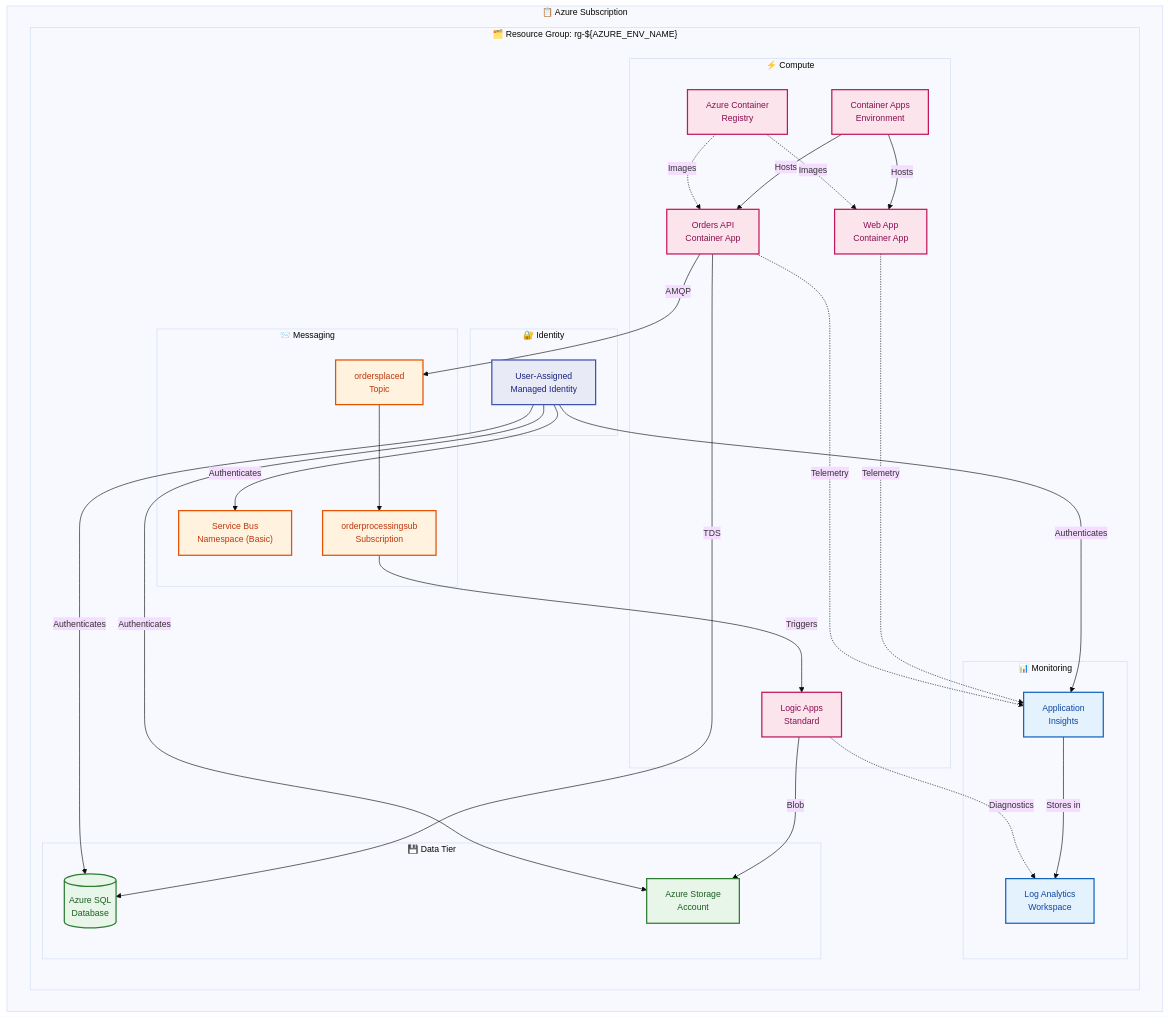
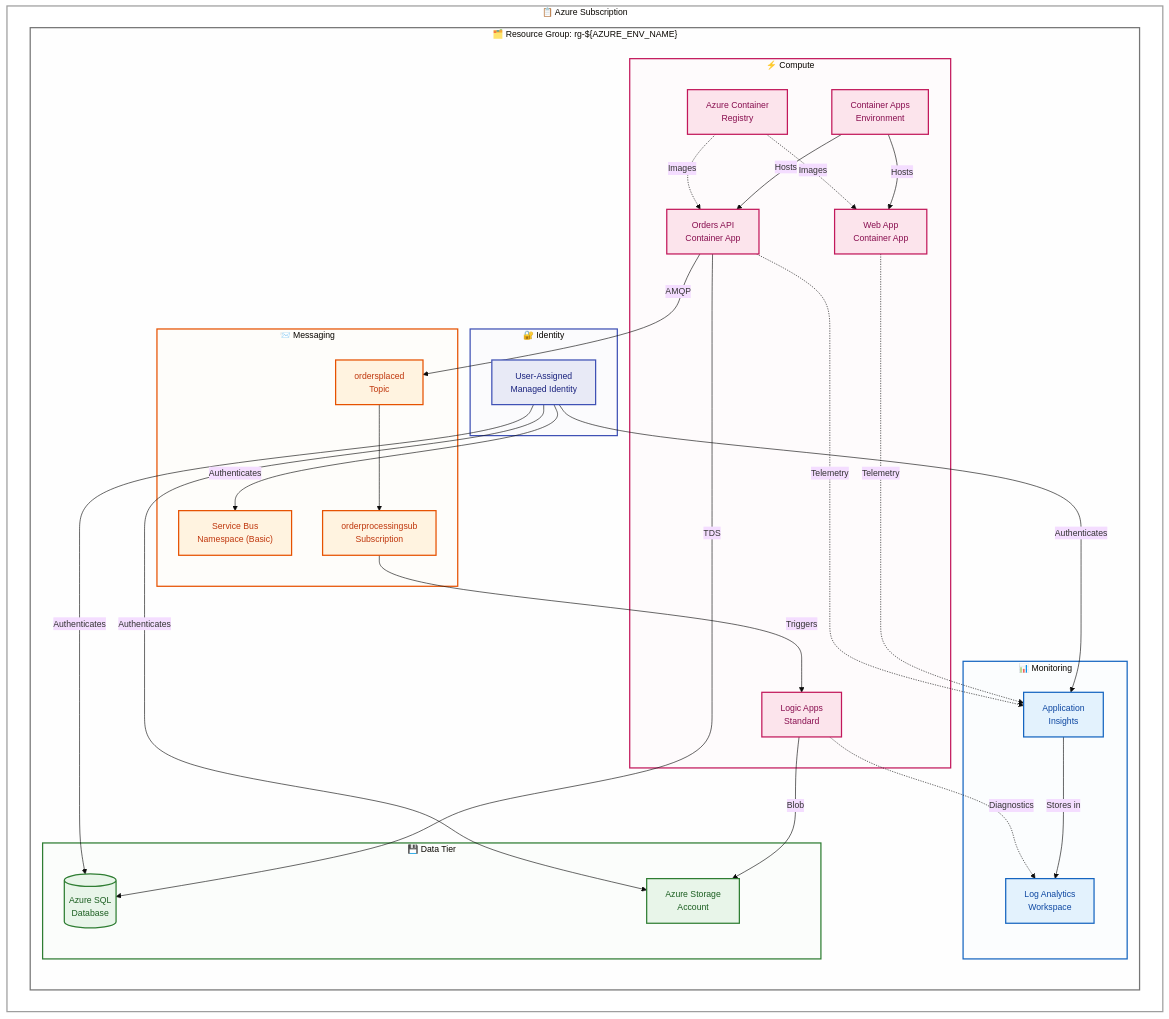
Before and after one commit to Evilazaro/Azure-LogicApps-Monitoring: the first of 4 diagrams in docs/architecture/04-technology-architecture.md, drawn with Mermaid. The commit also changed other lines of this file and 1 other file, not shown here.

Commit message:
Enhance technology architecture diagrams with improved subgraph container styling for better visual layer grouping

````diff
--- a/docs/architecture/04-technology-architecture.md
+++ b/docs/architecture/04-technology-architecture.md
@@ -97,4 +97,13 @@
     class SQL,Storage data
     class SB,Topic,Sub messaging
     class ACR,CAE,API,Web,LA compute
+
+    %% Subgraph container styling for visual layer grouping
+    style Subscription fill:#fafafa22,stroke:#9e9e9e,stroke-width:2px
+    style RG fill:#f5f5f522,stroke:#757575,stroke-width:2px
+    style Identity fill:#e8eaf622,stroke:#3f51b5,stroke-width:2px
+    style Monitoring fill:#e3f2fd22,stroke:#1565c0,stroke-width:2px
+    style Data fill:#e8f5e922,stroke:#2e7d32,stroke-width:2px
+    style Messaging fill:#fff3e022,stroke:#e65100,stroke-width:2px
+    style Compute fill:#fce4ec22,stroke:#c2185b,stroke-width:2px
 ```
````
